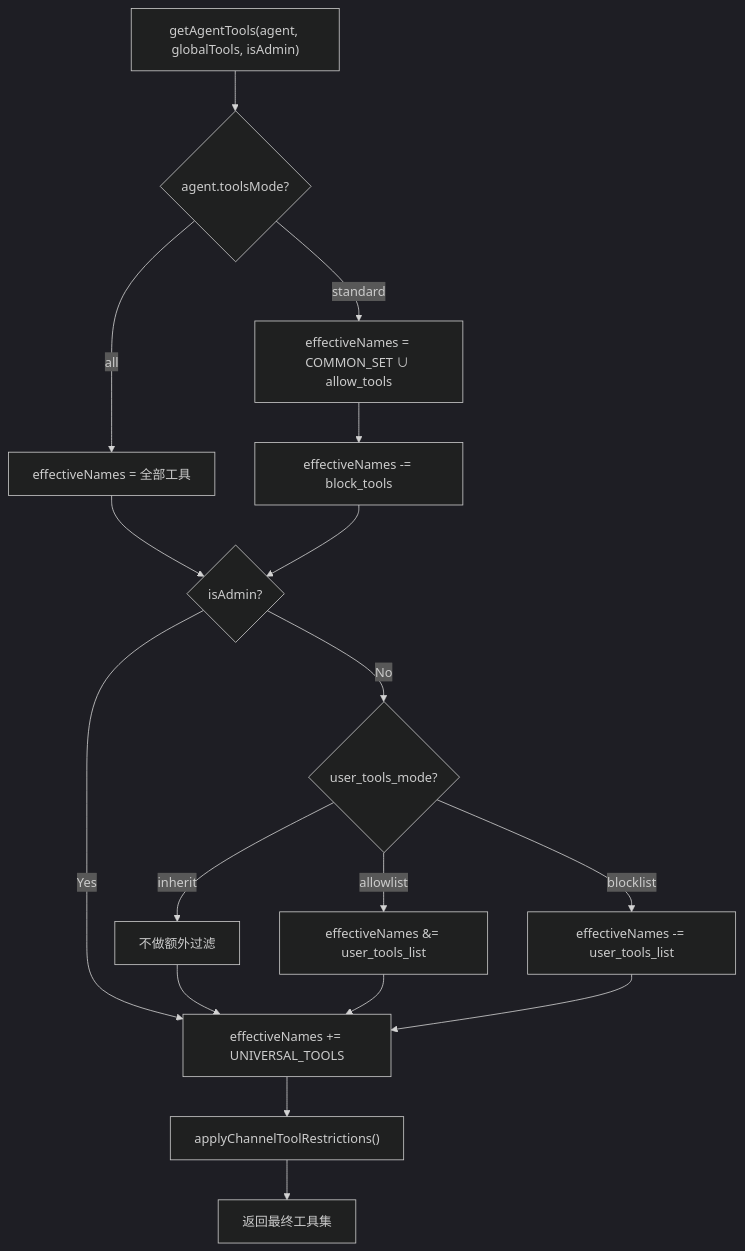
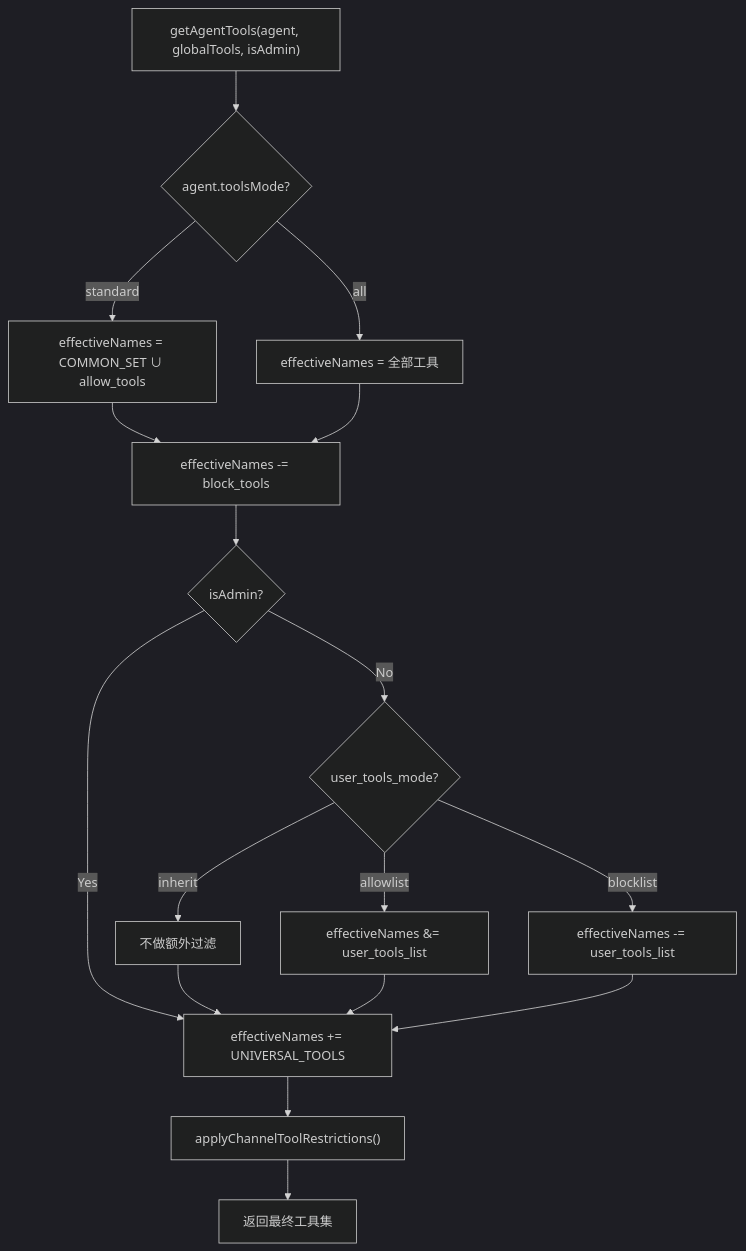
One commit to xj4920/Samata changed the diagram in docs/plan/2026-04-07_agent-tools-matrix-refactor.md. Above: the diagram before and after it, drawn with Mermaid (dark theme). The commit also changed other lines of this file and 2 other files, not shown here.

````diff
--- a/docs/plan/2026-04-07_agent-tools-matrix-refactor.md
+++ b/docs/plan/2026-04-07_agent-tools-matrix-refactor.md
@@ -187,33 +250,33 @@
 ```mermaid
 flowchart TD
     Start["getAgentTools(agent, globalTools, isAdmin)"]
     CheckMode{"agent.toolsMode?"}
     AllMode["effectiveNames = 全部工具"]
     StandardMode["effectiveNames = COMMON_SET ∪ allow_tools"]
     ApplyBlock["effectiveNames -= block_tools"]
     CheckAdmin{"isAdmin?"}
     UserInherit["不做额外过滤"]
     UserAllow["effectiveNames &= user_tools_list"]
     UserBlock["effectiveNames -= user_tools_list"]
     CheckUserMode{"user_tools_mode?"}
     AddUniversal["effectiveNames += UNIVERSAL_TOOLS"]
     ChannelFilter["applyChannelToolRestrictions()"]
     Result["返回最终工具集"]
 
     Start --> CheckMode
     CheckMode -->|all| AllMode
     CheckMode -->|standard| StandardMode
     StandardMode --> ApplyBlock
-    AllMode --> CheckAdmin
+    AllMode --> ApplyBlock
     ApplyBlock --> CheckAdmin
     CheckAdmin -->|Yes| AddUniversal
     CheckAdmin -->|No| CheckUserMode
     CheckUserMode -->|inherit| UserInherit
     CheckUserMode -->|allowlist| UserAllow
     CheckUserMode -->|blocklist| UserBlock
     UserInherit --> AddUniversal
     UserAllow --> AddUniversal
     UserBlock --> AddUniversal
     AddUniversal --> ChannelFilter
     ChannelFilter --> Result
 ```
````
